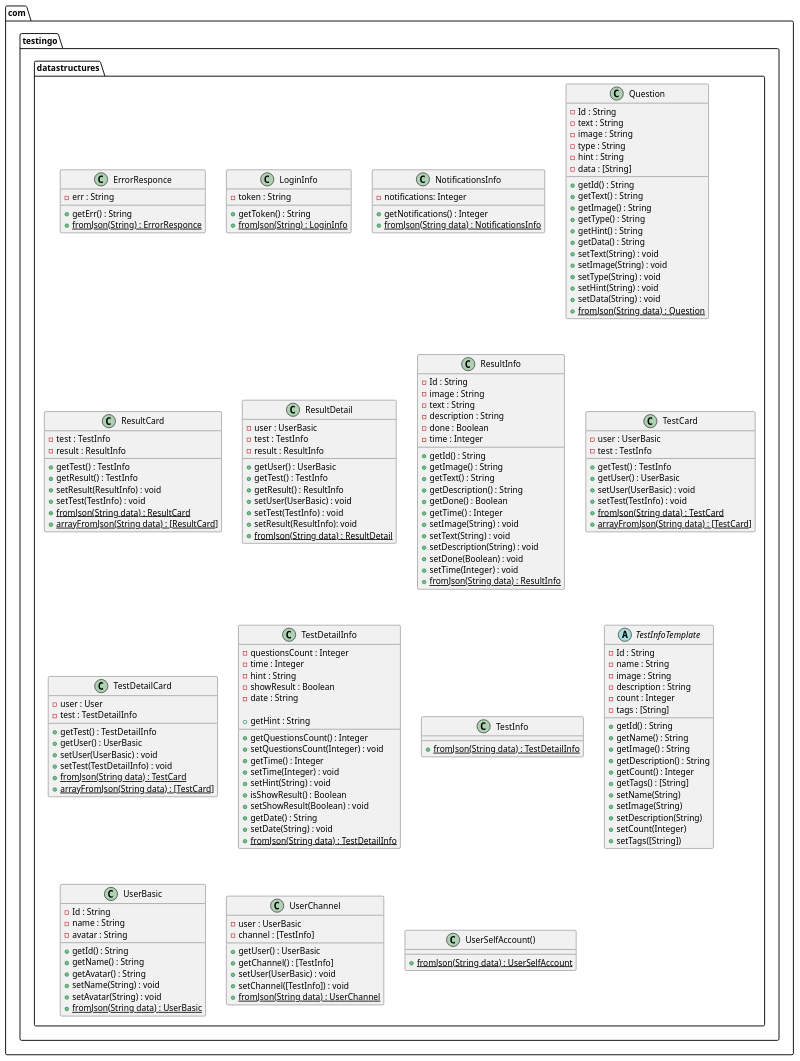
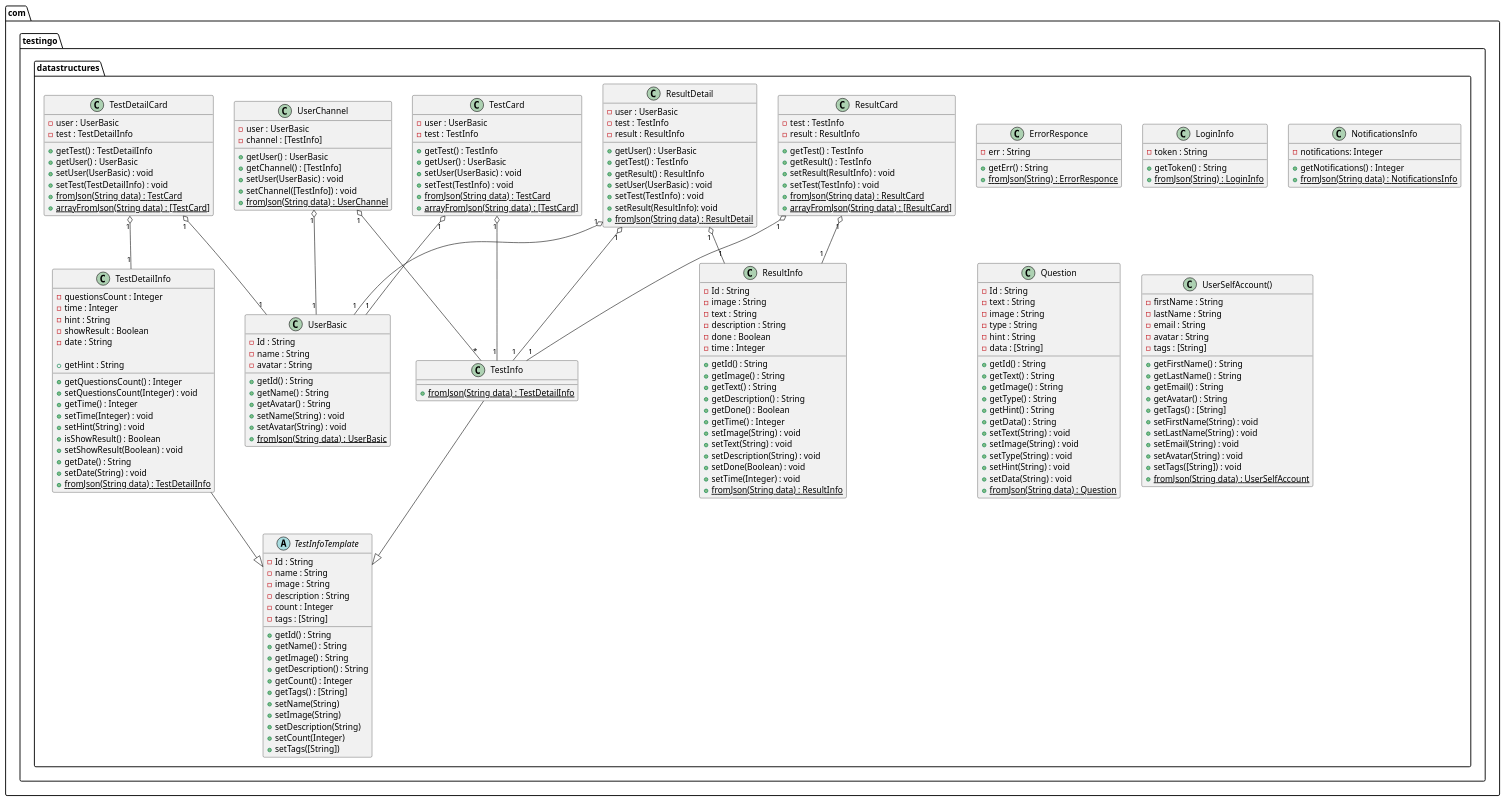
One commit to rokhlin/testingo changed the diagram in app/src/main/assets/uml/datastructures.puml. Above: the diagram before and after it, drawn with PlantUML. The commit also changed 10 other files, not shown here.

```diff
--- a/app/src/main/assets/uml/datastructures.puml
+++ b/app/src/main/assets/uml/datastructures.puml
@@ -41,6 +41,8 @@
         +{static}fromJson(String data) : Question
     }
 
+    ResultCard "1" o-- "1" TestInfo
+    ResultCard "1" o-- "1" ResultInfo
     class ResultCard {
         -test : TestInfo
         -result : ResultInfo
@@ -53,6 +55,9 @@
         +{static}arrayFromJson(String data) : [ResultCard]
     }
 
+    ResultDetail "1" o-- "1" UserBasic
+    ResultDetail "1" o-- "1" TestInfo
+    ResultDetail "1" o-- "1" ResultInfo
     class ResultDetail {
         -user : UserBasic
         -test : TestInfo
@@ -89,6 +94,8 @@
         +{static}fromJson(String data) : ResultInfo
     }
 
+    TestCard "1" o-- "1" UserBasic
+    TestCard "1" o-- "1" TestInfo
     class TestCard {
         -user : UserBasic
         -test : TestInfo
@@ -101,8 +108,10 @@
         +{static}arrayFromJson(String data) : [TestCard]
     }
 
+    TestDetailCard "1" o-- "1" UserBasic
+    TestDetailCard "1" o-- "1" TestDetailInfo
     class TestDetailCard {
-        -user : User
+        -user : UserBasic
         -test : TestDetailInfo
 
         +getTest() : TestDetailInfo
@@ -113,6 +122,7 @@
         +{static}arrayFromJson(String data) : [TestCard]
     }
 
+    TestDetailInfo --|> TestInfoTemplate
     class TestDetailInfo {
         -questionsCount : Integer
         -time : Integer
@@ -133,6 +143,7 @@
         +{static}fromJson(String data) : TestDetailInfo
     }
 
+    TestInfo --|> TestInfoTemplate
     class TestInfo {
         +{static}fromJson(String data) : TestDetailInfo
     }
@@ -171,6 +182,8 @@
         +{static}fromJson(String data) : UserBasic
     }
 
+    UserChannel "1" o-- "1" UserBasic
+    UserChannel "1" o-- "*" TestInfo
     class UserChannel {
         -user : UserBasic
         -channel : [TestInfo]
@@ -183,7 +196,21 @@
     }
 
     class UserSelfAccount() {
-        'uses'
+        -firstName : String
+        -lastName : String
+        -email : String
+        -avatar : String
+        -tags : [String]
+        +getFirstName() : String
+        +getLastName() : String
+        +getEmail() : String
+        +getAvatar() : String
+        +getTags() : [String]
+        +setFirstName(String) : void
+        +setLastName(String) : void
+        +setEmail(String) : void
+        +setAvatar(String) : void
+        +setTags([String]) : void
         +{static}fromJson(String data) : UserSelfAccount
     }
 }
```
